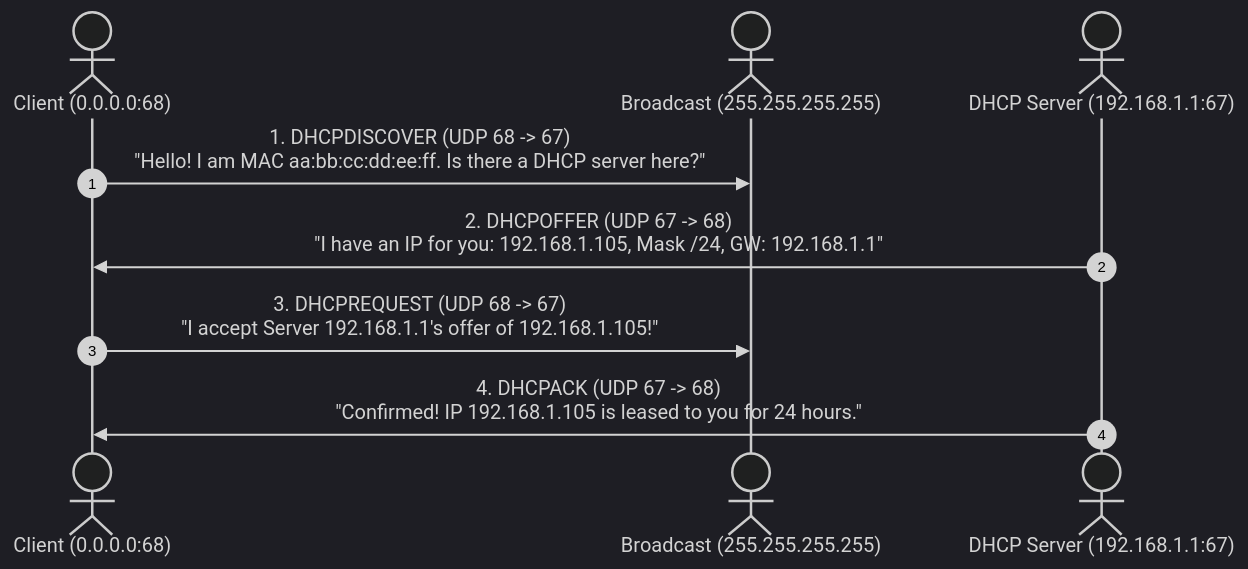
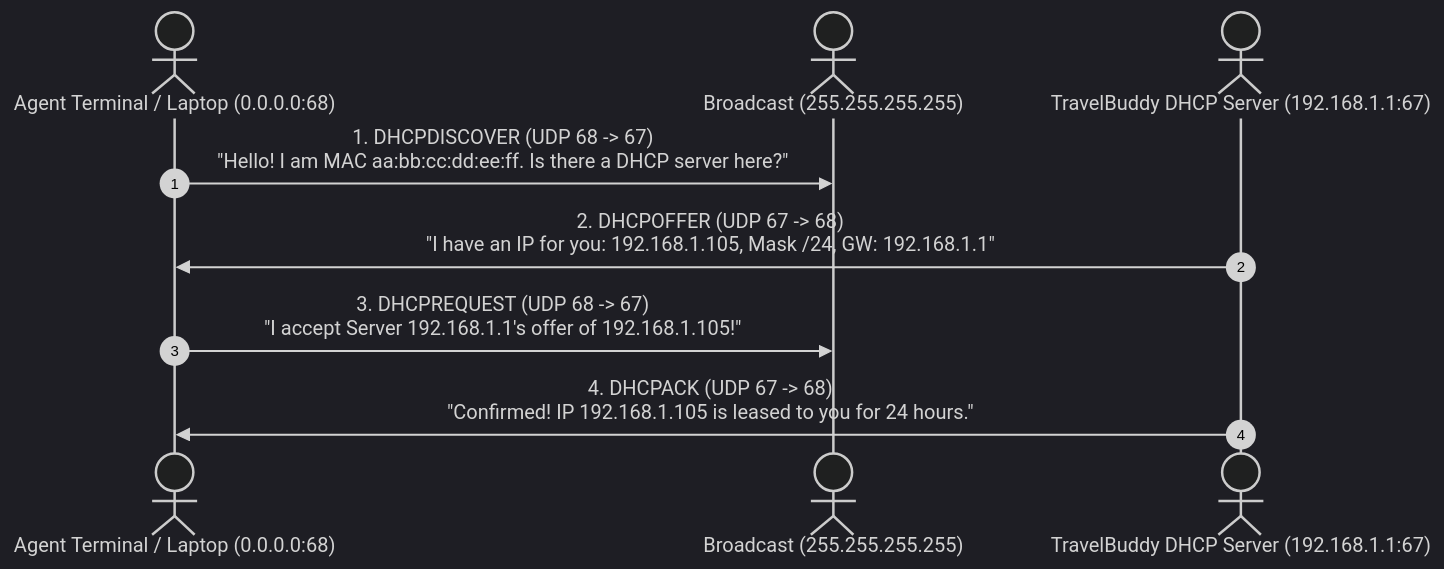
Before and after one commit to 1345AbhishekKumar/cs-cookbook: the first of 5 diagrams in content/docs/computer-networking/03-ip-addressing-and-routing/02-dhcp-nat-ipv6-interfaces.mdx, drawn with Mermaid (dark theme). The commit also changed other lines of this file and 124 other files, not shown here.

````diff
--- a/content/docs/computer-networking/03-ip-addressing-and-routing/02-dhcp-nat-ipv6-interfaces.mdx
+++ b/content/docs/computer-networking/03-ip-addressing-and-routing/02-dhcp-nat-ipv6-interfaces.mdx
@@ -29,12 +30,12 @@
 ```mermaid
 sequenceDiagram
     autonumber
-    actor Client as Client (0.0.0.0:68)
+    actor Client as Agent Terminal / Laptop (0.0.0.0:68)
     actor Broadcast as Broadcast (255.255.255.255)
-    actor Server as DHCP Server (192.168.1.1:67)
+    actor Server as TravelBuddy DHCP Server (192.168.1.1:67)
 
     Client->>Broadcast: 1. DHCPDISCOVER (UDP 68 -> 67)<br/>"Hello! I am MAC aa:bb:cc:dd:ee:ff. Is there a DHCP server here?"
     Server->>Client: 2. DHCPOFFER (UDP 67 -> 68)<br/>"I have an IP for you: 192.168.1.105, Mask /24, GW: 192.168.1.1"
     Client->>Broadcast: 3. DHCPREQUEST (UDP 68 -> 67)<br/>"I accept Server 192.168.1.1's offer of 192.168.1.105!"
     Server->>Client: 4. DHCPACK (UDP 67 -> 68)<br/>"Confirmed! IP 192.168.1.105 is leased to you for 24 hours."
 ```
````
